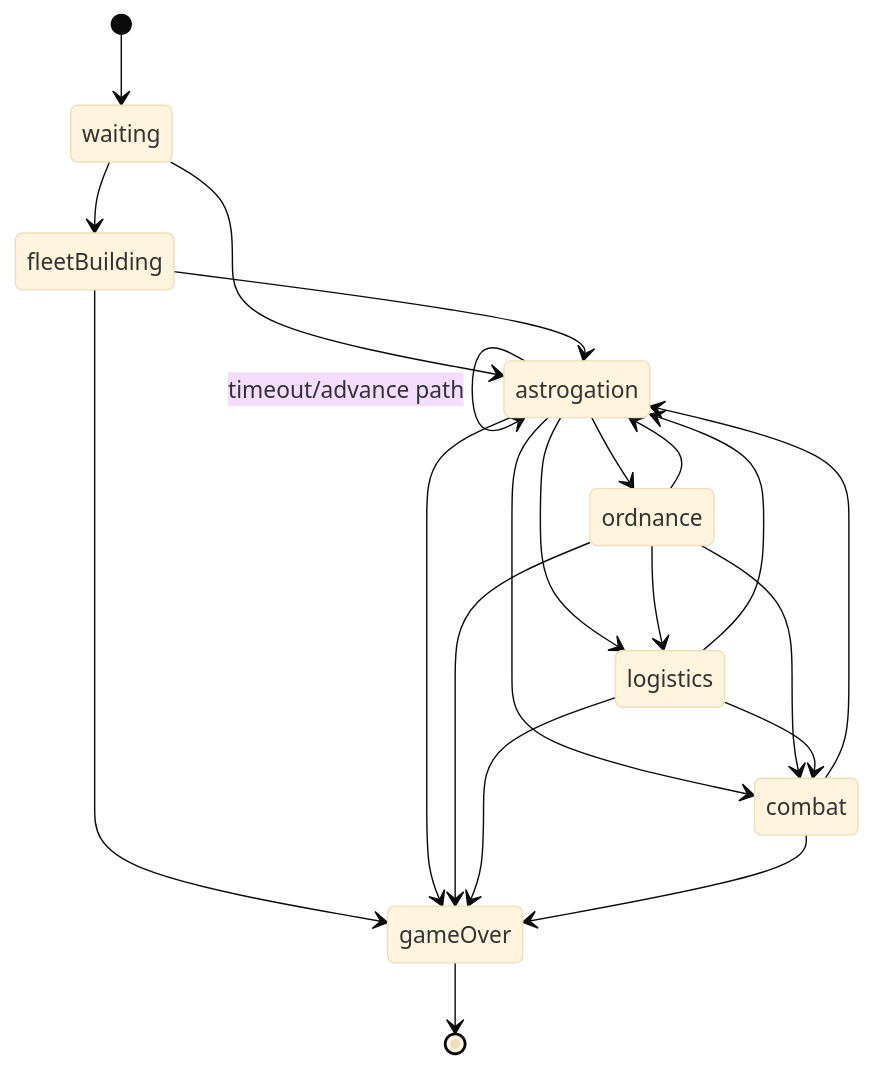
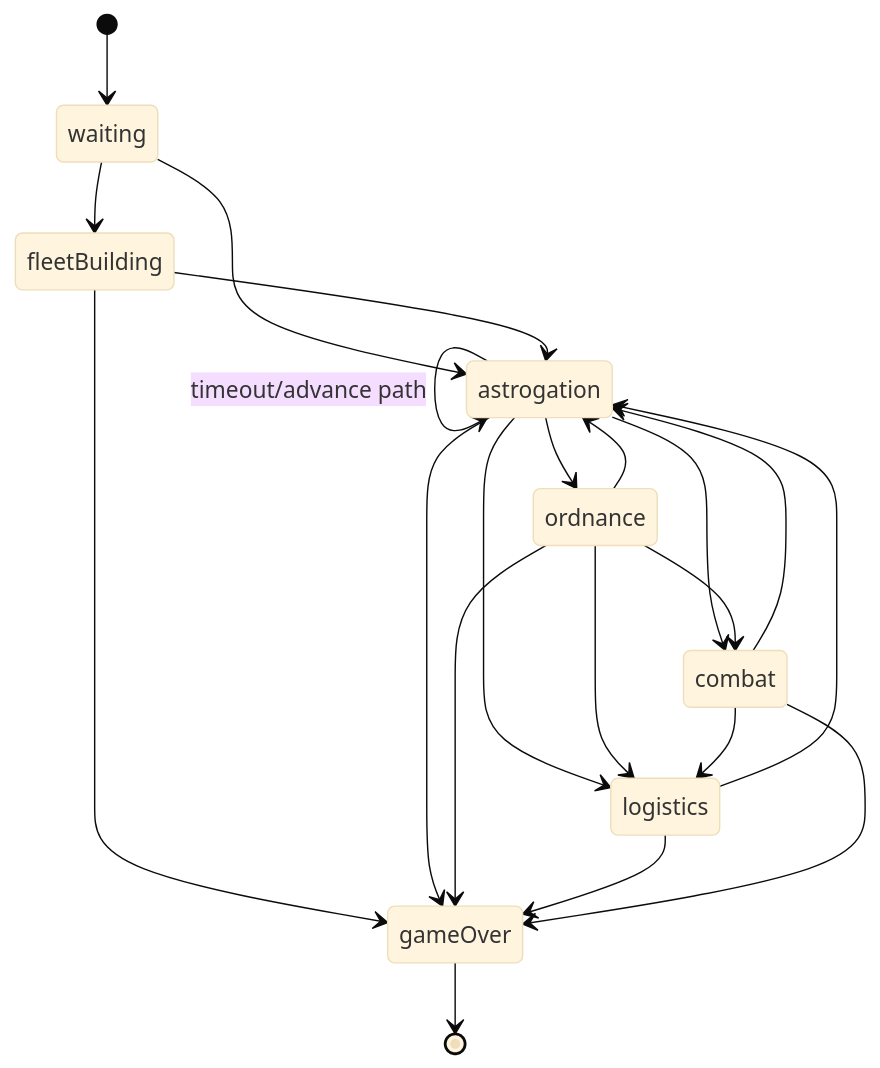
Before and after one commit to tre-systems/delta-v: the fifth of 6 diagrams in docs/ARCHITECTURE.md, drawn with Mermaid (base theme). The commit also changed other lines of this file and 9 other files, not shown here.

First line of the commit message:
Docs: fact-check pass on architecture, protocol, ops, agent, and standards docs

````diff
--- a/docs/ARCHITECTURE.md
+++ b/docs/ARCHITECTURE.md
@@ -146,29 +146,29 @@
 ```mermaid
 stateDiagram-v2
   [*] --> waiting
   waiting --> fleetBuilding
   waiting --> astrogation
 
   fleetBuilding --> astrogation
   fleetBuilding --> gameOver
 
   astrogation --> ordnance
   astrogation --> logistics
   astrogation --> combat
   astrogation --> astrogation: timeout/advance path
   astrogation --> gameOver
 
   ordnance --> logistics
   ordnance --> combat
   ordnance --> astrogation
   ordnance --> gameOver
 
-  logistics --> combat
   logistics --> astrogation
   logistics --> gameOver
 
+  combat --> logistics
   combat --> astrogation
   combat --> gameOver
 
   gameOver --> [*]
 ```
````
